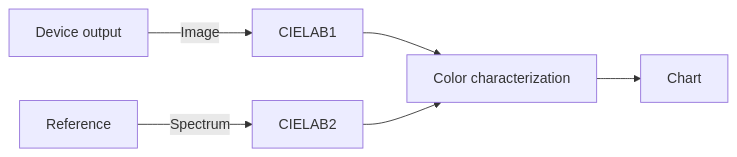
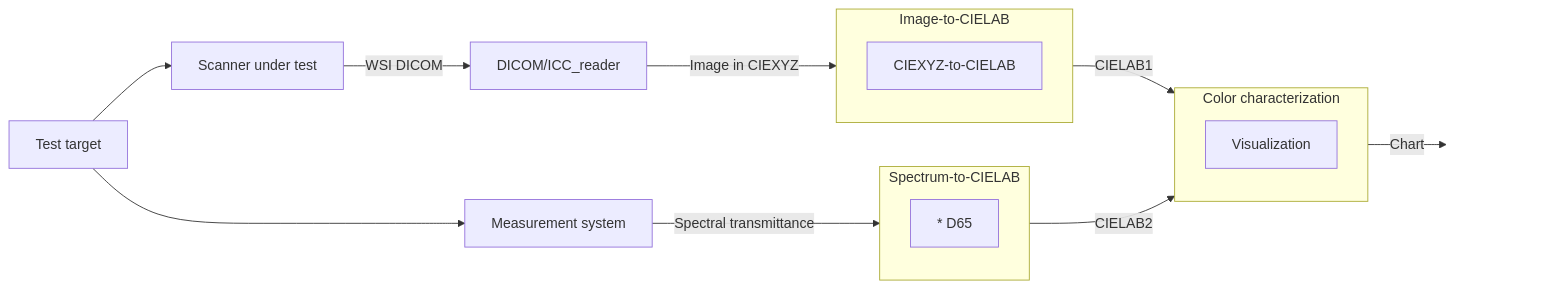
The diagram in AIM3_color_characterization/README.md (DIDSR/HIMSPEC), drawn with Mermaid before and after one commit. The commit also changed other lines of this file, not shown here.

Commit message:
revised README

````diff
--- a/AIM3_color_characterization/README.md
+++ b/AIM3_color_characterization/README.md
@@ -13,11 +15,34 @@
 ``` mermaid
 flowchart LR
-  A[Device output]
-  B[Reference]
-  A -- Image --> LAB1[CIELAB1]
-  B -- Spectrum --> LAB2[CIELAB2]
-  dE[Color characterization]
-  LAB1 -->  dE
-  LAB2 -->  dE
-  dE --> Chart
+  subgraph B2 [Image-to-CIELAB]
+    CIEXYZ-to-CIELAB
+  end
+
+  subgraph B3 [Spectrum-to-CIELAB]
+    D65[* D65]
+  end
+
+  subgraph B1 [Color characterization]
+    Visualization
+  end
+
+  A[Scanner under test]
+  D[DICOM/ICC_reader]
+  T[Test target]
+  M[Measurement system]
+
+  T --> A
+  T --> M
+
+  A --"WSI DICOM"--> D
+
+  D -- Image in CIEXYZ --> B2
+  M -- Spectral transmittance --> B3
+  
+  Report[Report]
+  B2 --CIELAB1-->  B1
+  B3 --CIELAB2-->  B1
+  
+  B1 --Chart--> Report
+  style Report fill:none,stroke:none,color:transparent  
 ```
````
